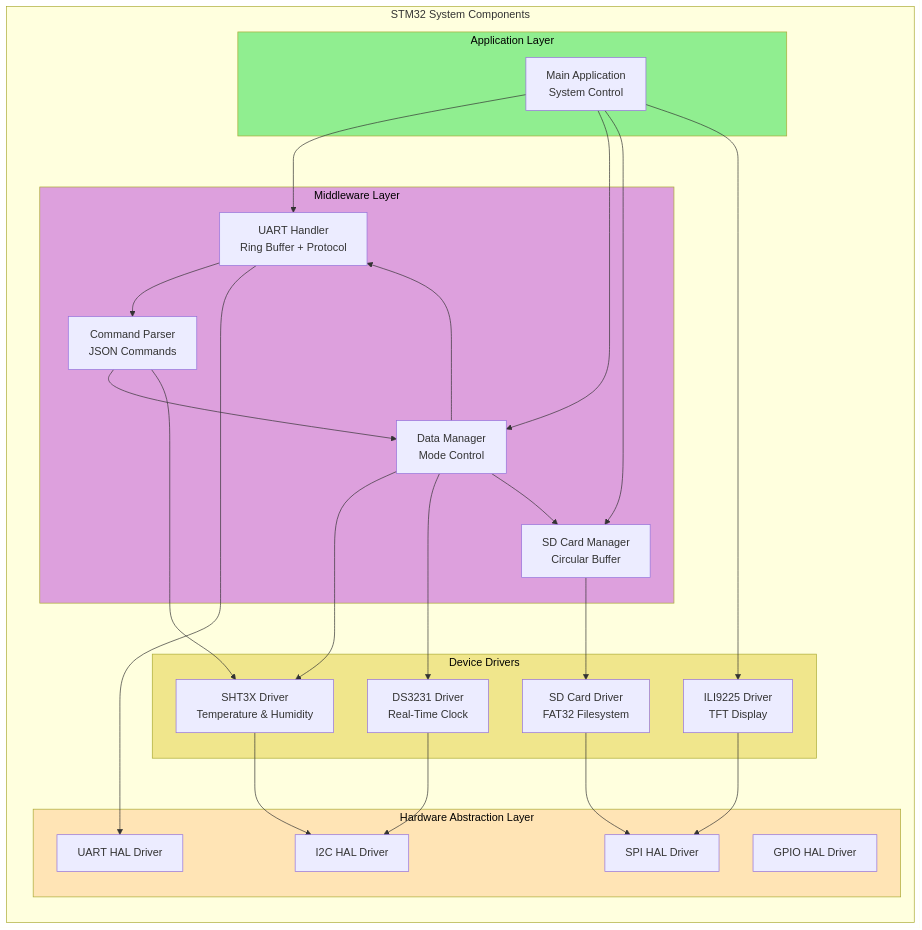
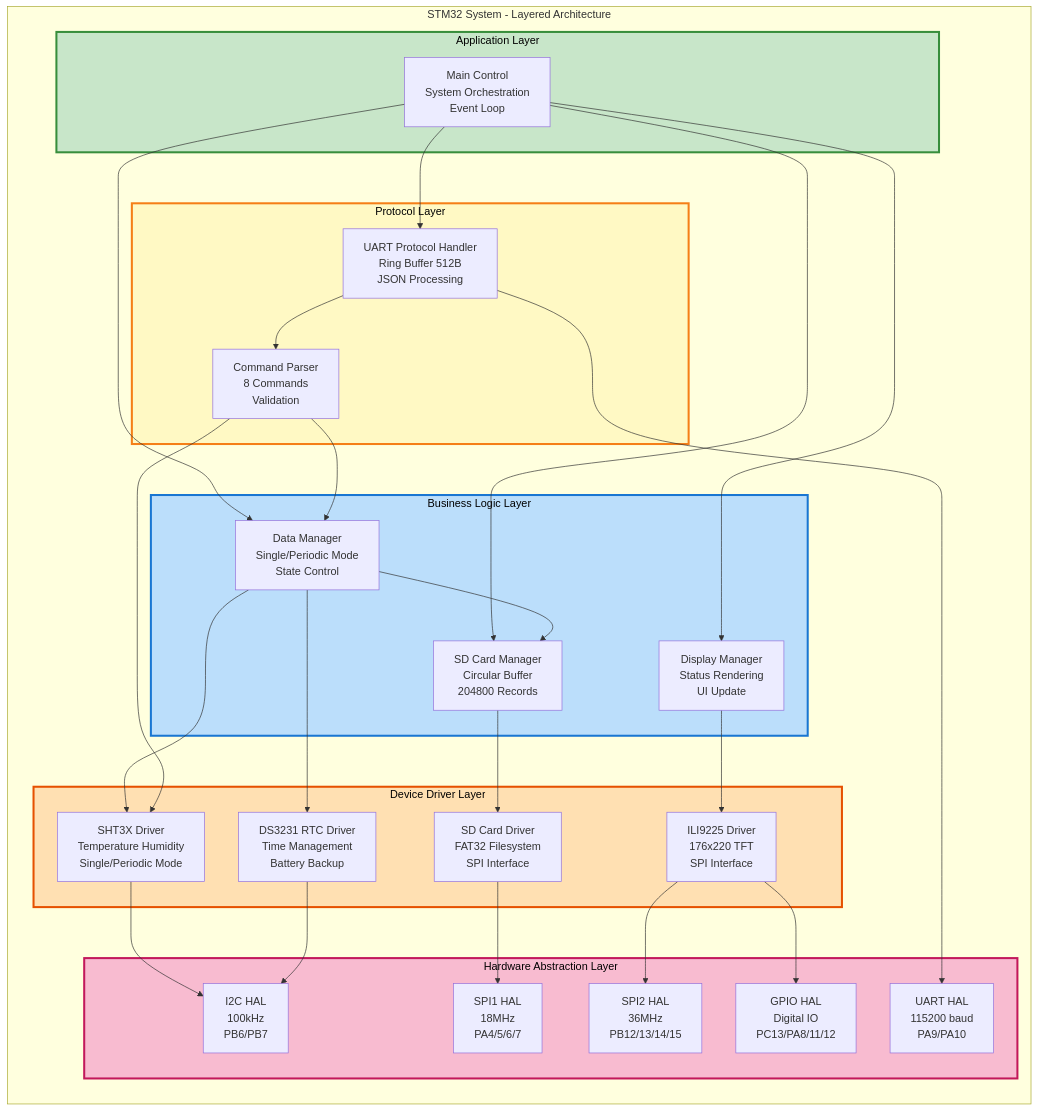
One commit to meeTeam05/datalogger changed the second of 10 diagrams in documents/firmware/ARCHITECTURE_DIAGRAM_FIRMWARE.md. Above: the diagram before and after it, drawn with Mermaid. The commit also changed other lines of this file, not shown here.

Commit message:
fix(docs): enhance architecture diagrams clarity and details

````diff
--- a/documents/firmware/ARCHITECTURE_DIAGRAM_FIRMWARE.md
+++ b/documents/firmware/ARCHITECTURE_DIAGRAM_FIRMWARE.md
@@ -153,58 +153,65 @@
 ```mermaid
 graph TB
-    subgraph STM32_System[STM32 System Components]
+    subgraph STM32_System["STM32 System - Layered Architecture"]
         direction TB
 
-        subgraph HAL[Hardware Abstraction Layer]
-            I2C_HAL[I2C HAL Driver]
-            SPI_HAL[SPI HAL Driver]
-            UART_HAL[UART HAL Driver]
-            GPIO_HAL[GPIO HAL Driver]
+        subgraph Application_Layer["Application Layer"]
+            Main_Control[Main Control<br/>System Orchestration<br/>Event Loop]
         end
 
-        subgraph Drivers[Device Drivers]
-            SHT3X_Driver[SHT3X Driver<br/>Temperature & Humidity]
-            DS3231_Driver[DS3231 Driver<br/>Real-Time Clock]
-            SD_Driver[SD Card Driver<br/>FAT32 Filesystem]
-            Display_Driver[ILI9225 Driver<br/>TFT Display]
+        subgraph Business_Logic["Business Logic Layer"]
+            Data_Manager[Data Manager<br/>Single/Periodic Mode<br/>State Control]
+            SD_Manager[SD Card Manager<br/>Circular Buffer<br/>204800 Records]
+            Display_Manager[Display Manager<br/>Status Rendering<br/>UI Update]
         end
 
-        subgraph Middleware[Middleware Layer]
-            UART_Handler[UART Handler<br/>Ring Buffer + Protocol]
-            CMD_Parser[Command Parser<br/>JSON Commands]
-            Data_Mgr[Data Manager<br/>Mode Control]
-            SD_Mgr[SD Card Manager<br/>Circular Buffer]
+        subgraph Protocol_Layer["Protocol Layer"]
+            UART_Protocol[UART Protocol Handler<br/>Ring Buffer 512B<br/>JSON Processing]
+            Command_Parser[Command Parser<br/>8 Commands<br/>Validation]
         end
 
-        subgraph Application[Application Layer]
-            Main_App[Main Application<br/>System Control]
+        subgraph Driver_Layer["Device Driver Layer"]
+            SHT3X_Driver[SHT3X Driver<br/>Temperature Humidity<br/>Single/Periodic Mode]
+            DS3231_Driver[DS3231 RTC Driver<br/>Time Management<br/>Battery Backup]
+            SD_Card_Driver[SD Card Driver<br/>FAT32 Filesystem<br/>SPI Interface]
+            Display_Driver[ILI9225 Driver<br/>176x220 TFT<br/>SPI Interface]
         end
+
+        subgraph HAL_Layer["Hardware Abstraction Layer"]
+            I2C_HAL[I2C HAL<br/>100kHz<br/>PB6/PB7]
+            SPI1_HAL[SPI1 HAL<br/>18MHz<br/>PA4/5/6/7]
+            SPI2_HAL[SPI2 HAL<br/>36MHz<br/>PB12/13/14/15]
+            UART_HAL[UART HAL<br/>115200 baud<br/>PA9/PA10]
+            GPIO_HAL[GPIO HAL<br/>Digital IO<br/>PC13/PA8/11/12]
+        end
+
+        Main_Control --> Data_Manager
+        Main_Control --> SD_Manager
+        Main_Control --> Display_Manager
+        Main_Control --> UART_Protocol
+
+        Data_Manager --> SHT3X_Driver
+        Data_Manager --> DS3231_Driver
+        Data_Manager --> SD_Manager
+
+        SD_Manager --> SD_Card_Driver
+        Display_Manager --> Display_Driver
+
+        UART_Protocol --> Command_Parser
+        Command_Parser --> Data_Manager
+        Command_Parser --> SHT3X_Driver
+
+        SHT3X_Driver --> I2C_HAL
+        DS3231_Driver --> I2C_HAL
+        SD_Card_Driver --> SPI1_HAL
+        Display_Driver --> SPI2_HAL
+        Display_Driver --> GPIO_HAL
+        UART_Protocol --> UART_HAL
     end
 
-    Main_App --> UART_Handler
-    Main_App --> Data_Mgr
-    Main_App --> SD_Mgr
-    Main_App --> Display_Driver
-
-    UART_Handler --> CMD_Parser
-    CMD_Parser --> Data_Mgr
-    CMD_Parser --> SHT3X_Driver
-
-    Data_Mgr --> SHT3X_Driver
-    Data_Mgr --> DS3231_Driver
-    Data_Mgr --> SD_Mgr
-    Data_Mgr --> UART_Handler
-
-    SD_Mgr --> SD_Driver
-
-    SHT3X_Driver --> I2C_HAL
-    DS3231_Driver --> I2C_HAL
-    SD_Driver --> SPI_HAL
-    Display_Driver --> SPI_HAL
-    UART_Handler --> UART_HAL
-
-    style HAL fill:#FFE4B5, color:#000000
-    style Drivers fill:#F0E68C, color:#000000
-    style Middleware fill:#DDA0DD, color:#000000
-    style Application fill:#90EE90, color:#000000
+    style Application_Layer fill:#C8E6C9,stroke:#388E3C,stroke-width:3px,color:#000
+    style Business_Logic fill:#BBDEFB,stroke:#1976D2,stroke-width:3px,color:#000
+    style Protocol_Layer fill:#FFF9C4,stroke:#F57F17,stroke-width:3px,color:#000
+    style Driver_Layer fill:#FFE0B2,stroke:#E65100,stroke-width:3px,color:#000
+    style HAL_Layer fill:#F8BBD0,stroke:#C2185B,stroke-width:3px,color:#000
 ```
````
